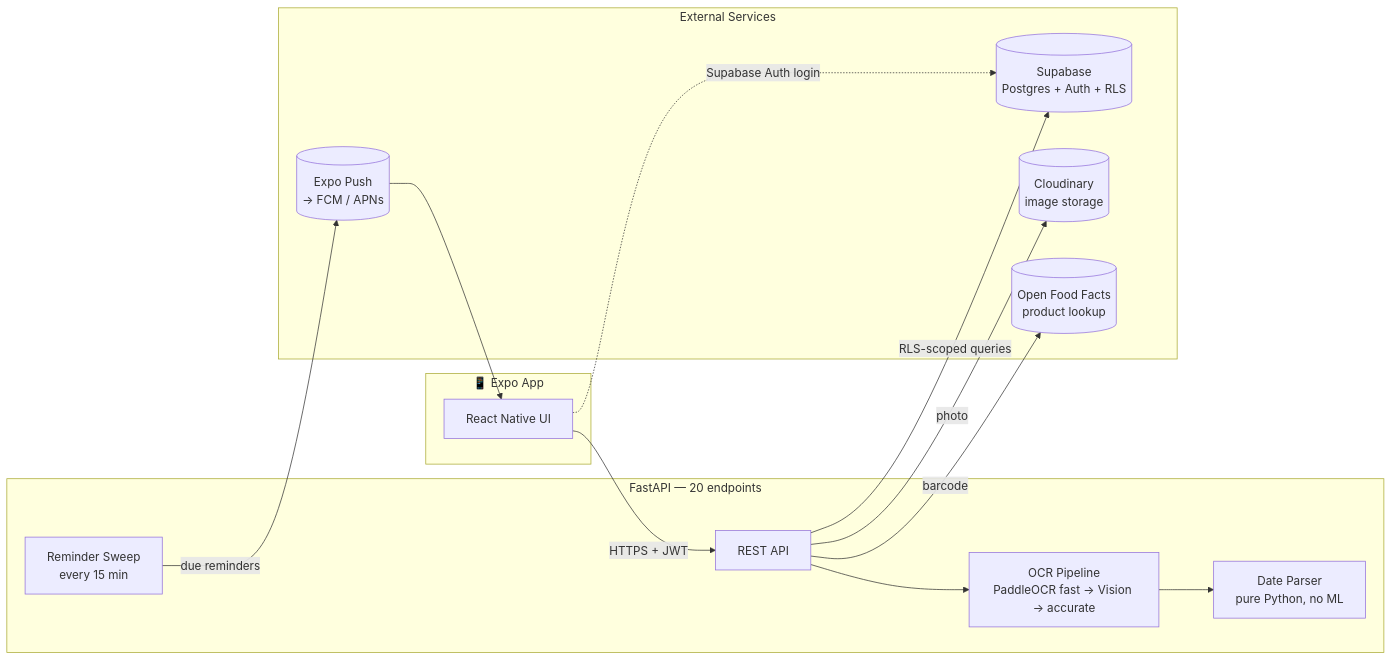
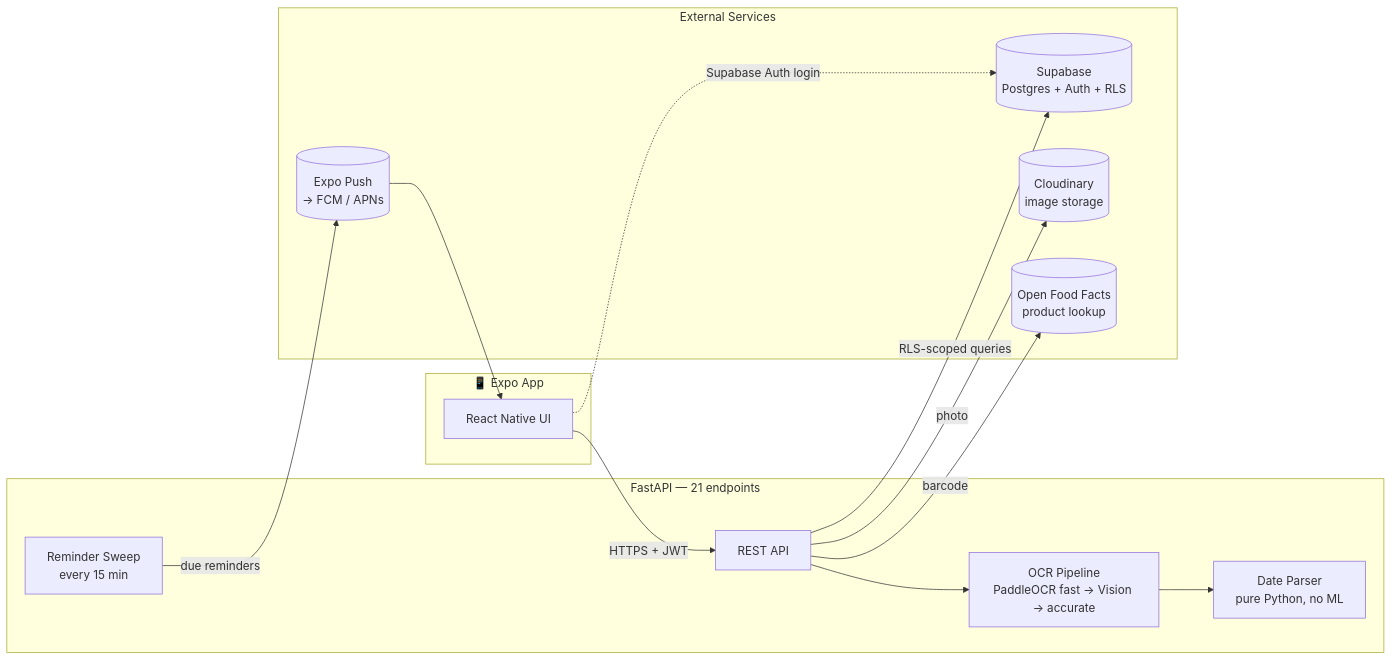
Before and after one commit to aicbncuicbanc2/Spark-Zone: the diagram in docs/architecture.md, drawn with Mermaid. The commit also changed other lines of this file and 8 other files, not shown here.

````diff
--- a/docs/architecture.md
+++ b/docs/architecture.md
@@ -19,28 +19,28 @@
 ```mermaid
 flowchart LR
     subgraph Phone["📱 Expo App"]
         UI[React Native UI]
     end
 
-    subgraph Backend["FastAPI — 20 endpoints"]
+    subgraph Backend["FastAPI — 21 endpoints"]
         API[REST API]
         OCR["OCR Pipeline<br/>PaddleOCR fast → Vision → accurate"]
         Parser["Date Parser<br/>pure Python, no ML"]
         Sweep["Reminder Sweep<br/>every 15 min"]
     end
 
     subgraph External["External Services"]
         Supa[("Supabase<br/>Postgres + Auth + RLS")]
         Cloud[("Cloudinary<br/>image storage")]
         OFF[("Open Food Facts<br/>product lookup")]
         Expo[("Expo Push<br/>→ FCM / APNs")]
     end
 
     UI -- "HTTPS + JWT" --> API
     API -- "RLS-scoped queries" --> Supa
     API --> OCR --> Parser
     API -- "photo" --> Cloud
     API -- "barcode" --> OFF
     Sweep -- "due reminders" --> Expo --> UI
     UI -. "Supabase Auth login" .-> Supa
 ```
````
